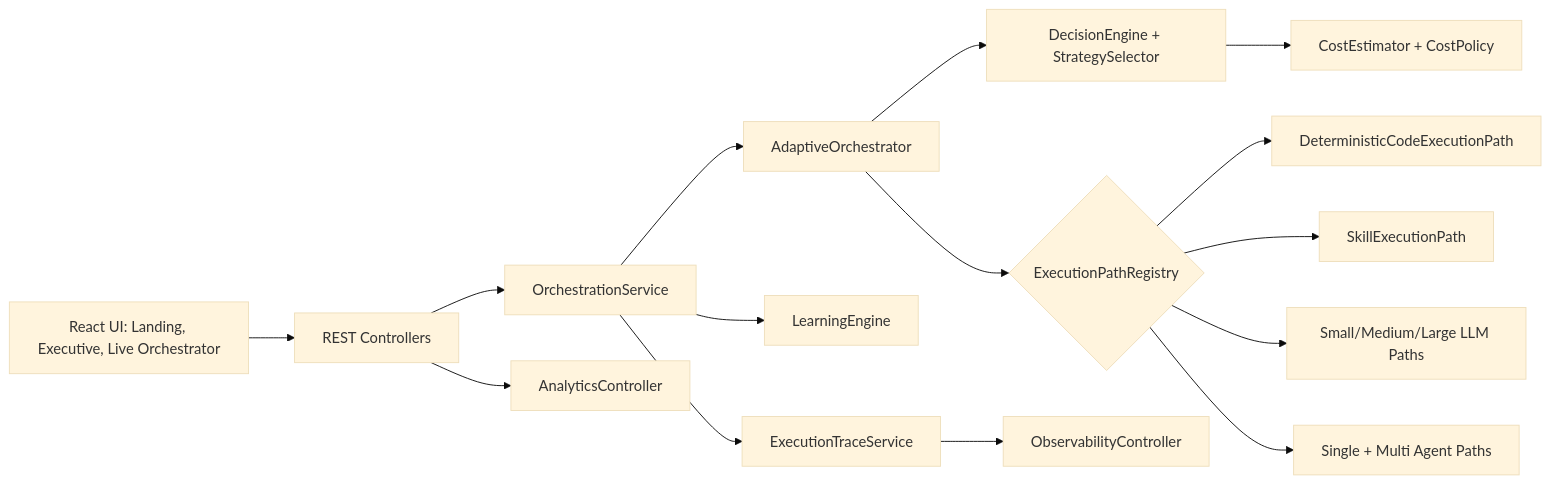
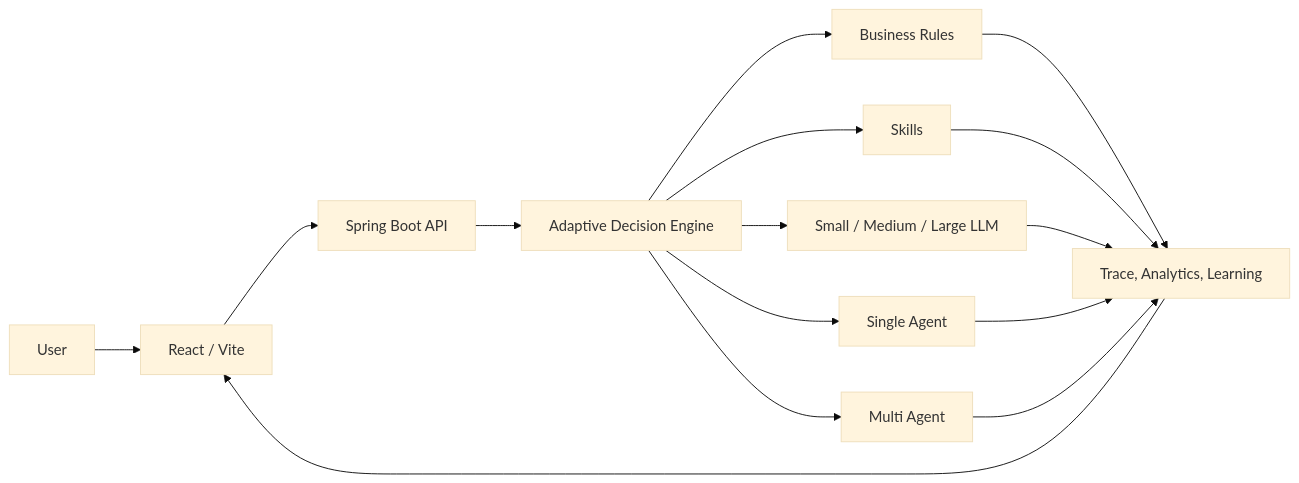
The diagram in README.md (sivram-dse/adaptive-ai-orchestrator), drawn with Mermaid (base theme) before and after one commit. The commit also changed other lines of this file and 55 other files, not shown here.

````diff
--- a/README.md
+++ b/README.md
@@ -77,17 +42,17 @@
 ```mermaid
 flowchart LR
-    UI["React UI: Landing, Executive, Live Orchestrator"] --> API["REST Controllers"]
-    API --> SERVICE["OrchestrationService"]
-    SERVICE --> ORCH["AdaptiveOrchestrator"]
-    ORCH --> DEC["DecisionEngine + StrategySelector"]
-    DEC --> COST["CostEstimator + CostPolicy"]
-    ORCH --> PATHS{"ExecutionPathRegistry"}
-    PATHS --> CODE["DeterministicCodeExecutionPath"]
-    PATHS --> SKILL["SkillExecutionPath"]
-    PATHS --> LLM["Small/Medium/Large LLM Paths"]
-    PATHS --> AGENT["Single + Multi Agent Paths"]
-    SERVICE --> LEARN["LearningEngine"]
-    SERVICE --> TRACE["ExecutionTraceService"]
-    TRACE --> OBS["ObservabilityController"]
-    API --> ANALYTICS["AnalyticsController"]
+    USER["User"] --> UI["React / Vite"]
+    UI --> API["Spring Boot API"]
+    API --> ENGINE["Adaptive Decision Engine"]
+    ENGINE --> RULES["Business Rules"]
+    ENGINE --> SKILLS["Skills"]
+    ENGINE --> LLM["Small / Medium / Large LLM"]
+    ENGINE --> AGENT["Single Agent"]
+    ENGINE --> MULTI["Multi Agent"]
+    RULES --> OBS["Trace, Analytics, Learning"]
+    SKILLS --> OBS
+    LLM --> OBS
+    AGENT --> OBS
+    MULTI --> OBS
+    OBS --> UI
 ```
````
